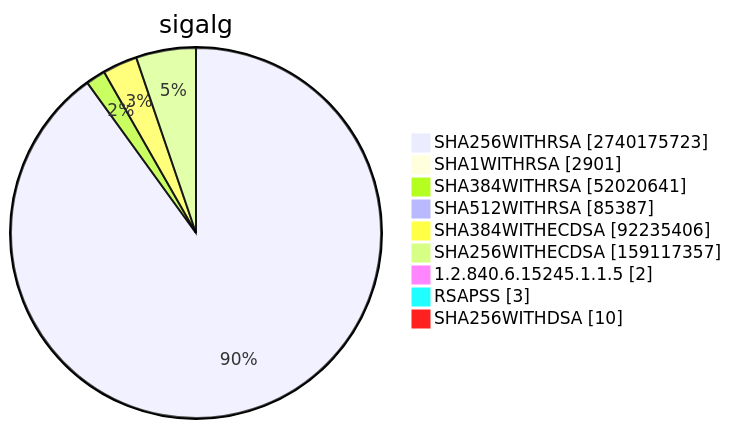
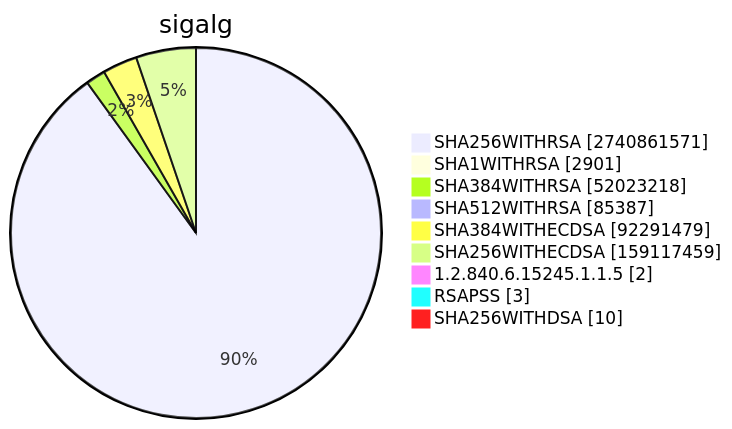
Diagram 15 of 15 in TOTAL/README.md (christiankrug/ctmonitor_visualization), drawn with Mermaid before and after one commit. The commit also changed other lines of this file, not shown here.

````diff
--- a/TOTAL/README.md
+++ b/TOTAL/README.md
@@ -6204,13 +6204,13 @@
 ```mermaid
 pie showData
 title sigalg
-"SHA256WITHRSA" :2740175723
+"SHA256WITHRSA" :2740861571
 "SHA1WITHRSA" :2901
-"SHA384WITHRSA" :52020641
+"SHA384WITHRSA" :52023218
 "SHA512WITHRSA" :85387
-"SHA384WITHECDSA" :92235406
-"SHA256WITHECDSA" :159117357
+"SHA384WITHECDSA" :92291479
+"SHA256WITHECDSA" :159117459
 "1.2.840.6.15245.1.1.5" :2
 "RSAPSS" :3
 "SHA256WITHDSA" :10
 ```
````
